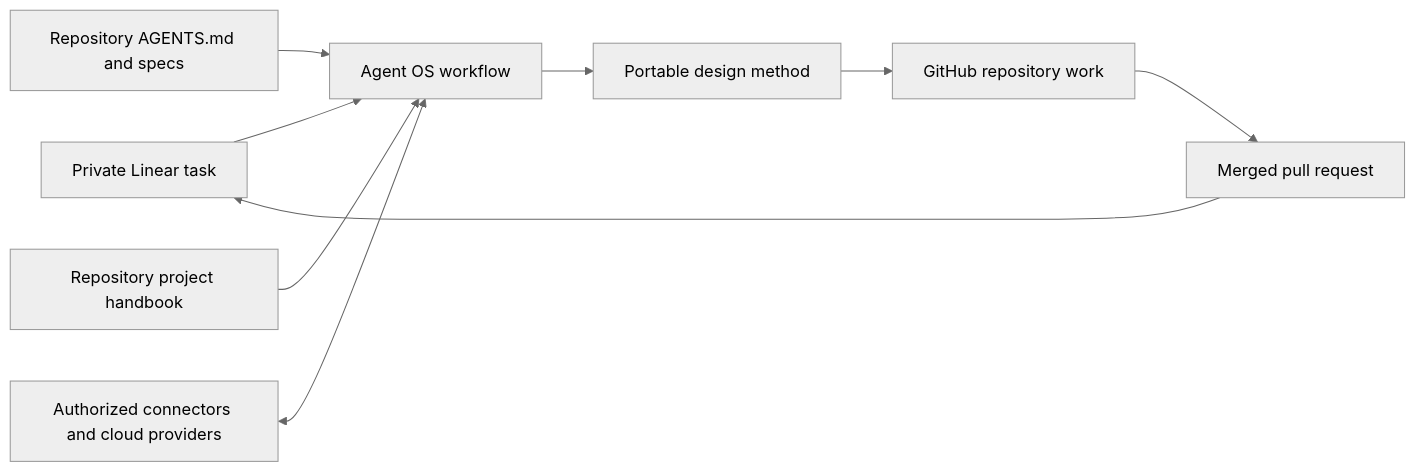
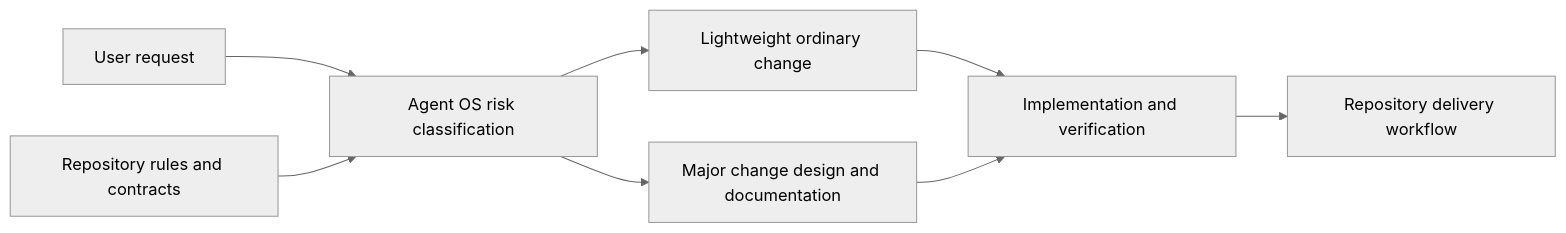
The diagram in docs/architecture.md (R1cK-ChaN/agent-os), drawn with Mermaid (neutral theme) before and after one commit. The commit also changed other lines of this file and 38 other files, not shown here.

Commit message:
workflow: scale delivery process to demonstrated risk

````diff
--- a/docs/architecture.md
+++ b/docs/architecture.md
@@ -19,11 +17,10 @@
 ```mermaid
 flowchart LR
-    L[Private Linear task] --> O[Agent OS workflow]
-    O --> D[Portable design method]
-    D --> G[GitHub repository work]
-    G --> P[Merged pull request]
-    P --> L
-    R[Repository AGENTS.md and specs] --> O
-    H[Repository project handbook] --> O
-    C[Authorized connectors and cloud providers] <--> O
+    U[User request] --> O[Agent OS risk classification]
+    R[Repository rules and contracts] --> O
+    O --> L[Lightweight ordinary change]
+    O --> M[Major change design and documentation]
+    L --> G[Implementation and verification]
+    M --> G
+    G --> D[Repository delivery workflow]
 ```
````
